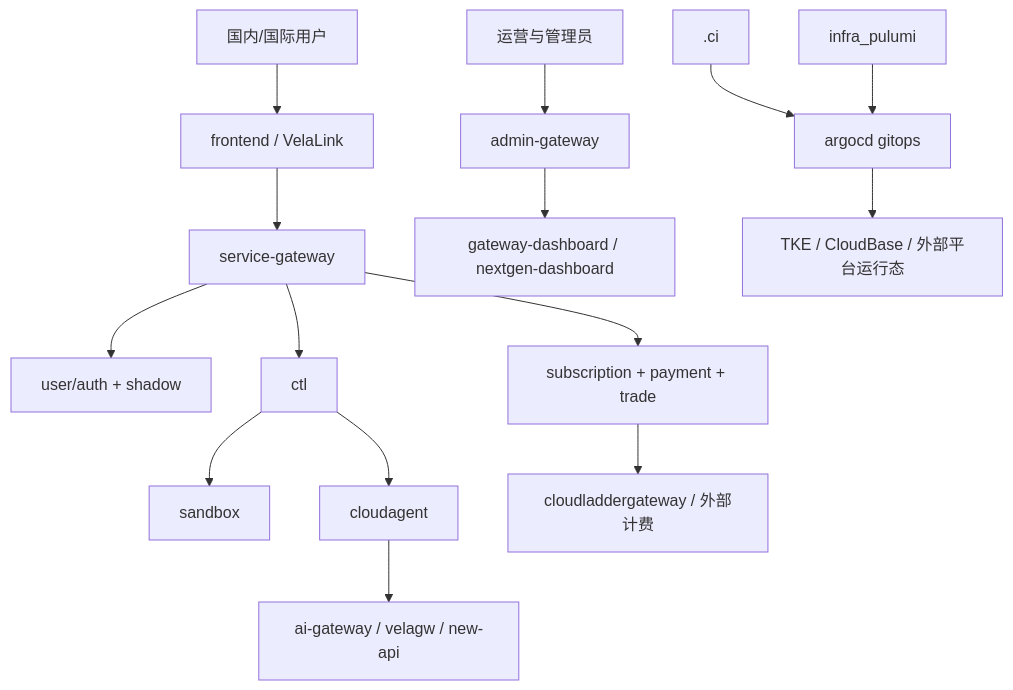
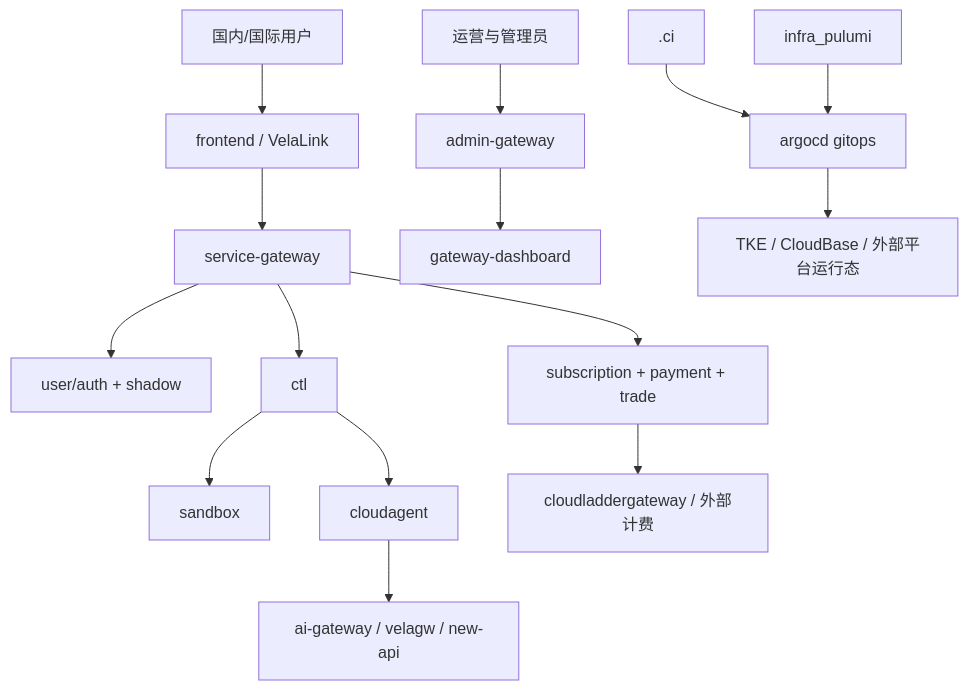
Before and after one commit to opencraft-app/opencraft: the diagram in docs/engineering/architecture/system-overview.md, drawn with Mermaid. The commit also changed 68 other files, not shown here.

First line of the commit message:
chore(nextgen-dashboard): remove deprecated dashboard service

````diff
--- a/docs/engineering/architecture/system-overview.md
+++ b/docs/engineering/architecture/system-overview.md
@@ -5,17 +5,17 @@
 ```mermaid
 flowchart TB
   U[国内/国际用户] --> FE[frontend / VelaLink]
   OP[运营与管理员] --> AG[admin-gateway]
   FE --> SG[service-gateway]
-  AG --> GD[gateway-dashboard / nextgen-dashboard]
+  AG --> GD[gateway-dashboard]
   SG --> AUTH[user/auth + shadow]
   SG --> COM[subscription + payment + trade]
   SG --> CTL[ctl]
   CTL --> SB[sandbox]
   CTL --> CA[cloudagent]
   CA --> AIG[ai-gateway / velagw / new-api]
   COM --> CLG[cloudladdergateway / 外部计费]
   CI[.ci] --> GITOPS[argocd gitops]
   INFRA[infra_pulumi] --> GITOPS
   GITOPS --> RUNTIME[TKE / CloudBase / 外部平台运行态]
 ```
````
